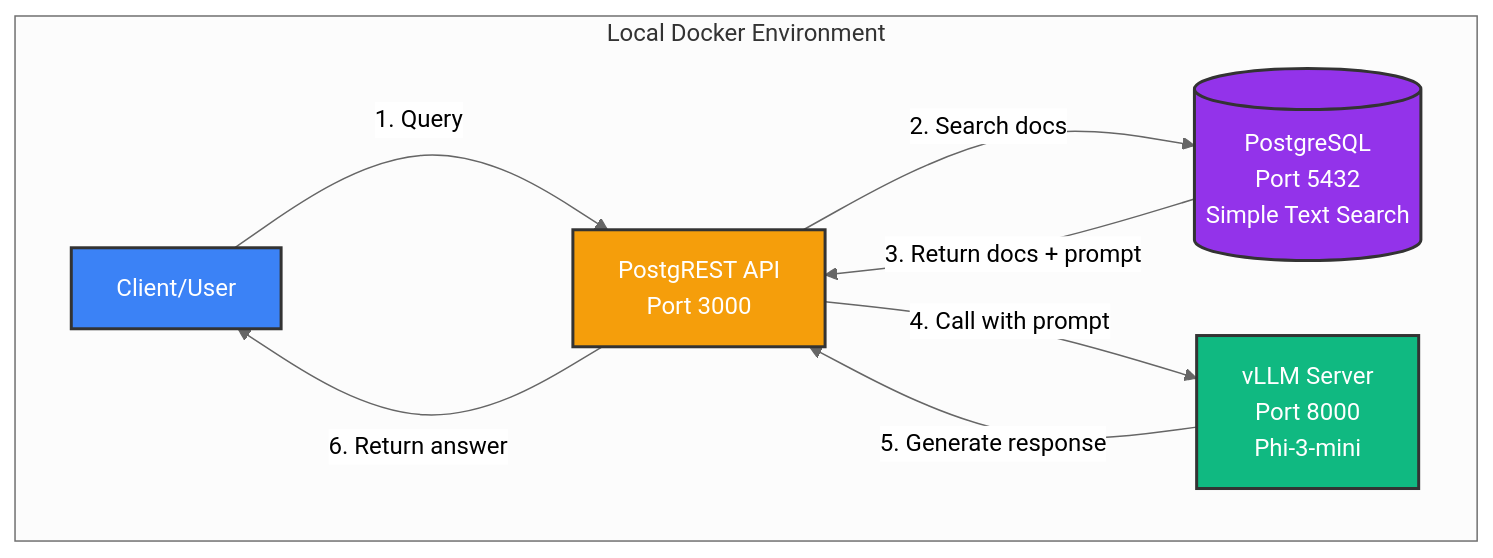
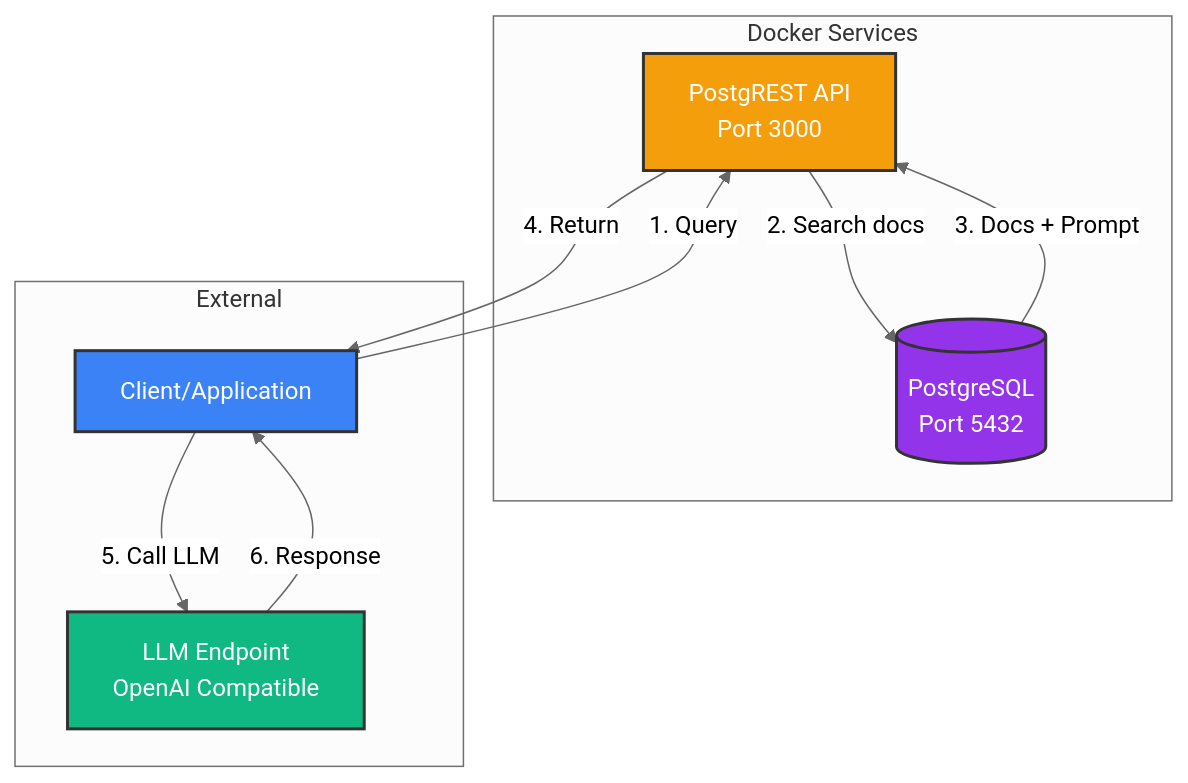
The first of 2 diagrams in README.md (devad2/pools), drawn with Mermaid (neutral theme) before and after one commit. The commit also changed other lines of this file and 1 other file, not shown here.

````diff
--- a/README.md
+++ b/README.md
@@ -5,27 +7,29 @@
 ```mermaid
 graph TB
-    subgraph "Local Docker Environment"
-        CLIENT[Client/User]
+    subgraph "Docker Services"
+        API[PostgREST API<br/>Port 3000]
+        DB[(PostgreSQL<br/>Port 5432)]
+    end
 
-        API[PostgREST API<br/>Port 3000]
-        DB[(PostgreSQL<br/>Port 5432<br/>Simple Text Search)]
-        LLM[vLLM Server<br/>Port 8000<br/>Phi-3-mini]
+    subgraph "External"
+        LLM[LLM Endpoint<br/>OpenAI Compatible]
+        CLIENT[Client/Application]
     end
 
     CLIENT -->|1. Query| API
     API -->|2. Search docs| DB
-    DB -->|3. Return docs + prompt| API
-    API -->|4. Call with prompt| LLM
-    LLM -->|5. Generate response| API
-    API -->|6. Return answer| CLIENT
+    DB -->|3. Docs + Prompt| API
+    API -->|4. Return| CLIENT
+    CLIENT -->|5. Call LLM| LLM
+    LLM -->|6. Response| CLIENT
 
     classDef database fill:#9333ea,stroke:#333,stroke-width:2px,color:#fff
     classDef api fill:#f59e0b,stroke:#333,stroke-width:2px,color:#fff
     classDef llm fill:#10b981,stroke:#333,stroke-width:2px,color:#fff
     classDef client fill:#3b82f6,stroke:#333,stroke-width:2px,color:#fff
 
     class DB database
     class API api
     class LLM llm
     class CLIENT client
 ```
````
